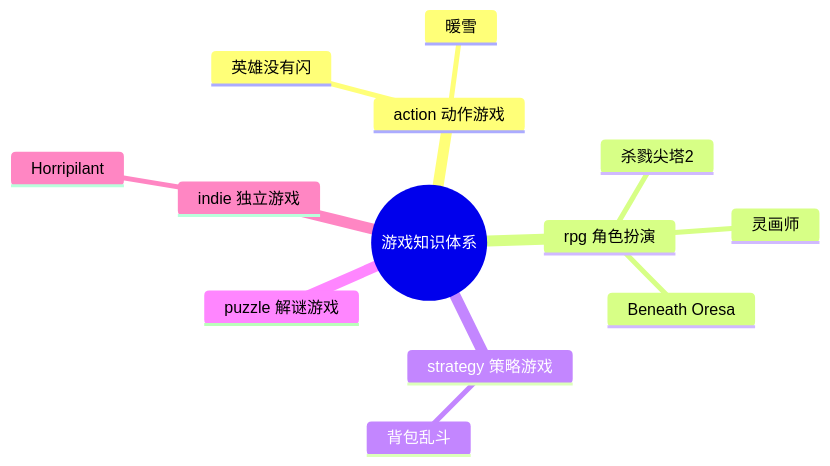
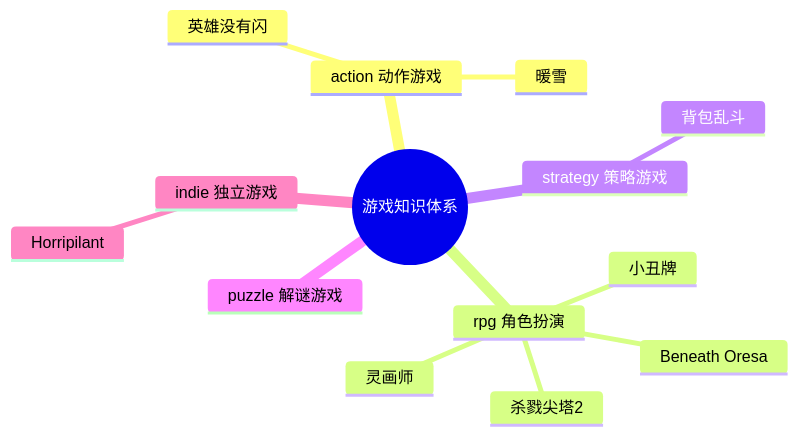
One commit to hongyesuifeng/readbooks changed the diagram in games/游戏知识图谱.md. Above: the diagram before and after it, drawn with Mermaid. The commit also changed other lines of this file and 1 other file, not shown here.

Commit message:
update 小丑牌

````diff
--- a/games/游戏知识图谱.md
+++ b/games/游戏知识图谱.md
@@ -9,16 +9,17 @@
 ```mermaid
 mindmap
   root((游戏知识体系))
     action 动作游戏
       英雄没有闪
       暖雪
     rpg 角色扮演
       杀戮尖塔2
       灵画师
       Beneath Oresa
+      小丑牌
     strategy 策略游戏
       背包乱斗
     puzzle 解谜游戏
     indie 独立游戏
       Horripilant
 ```
````
